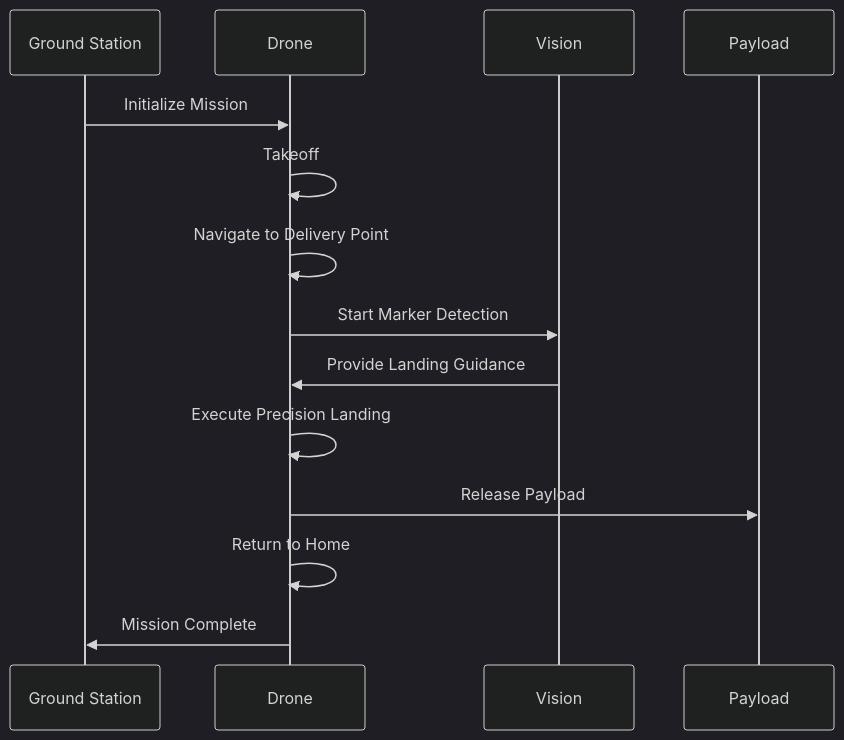
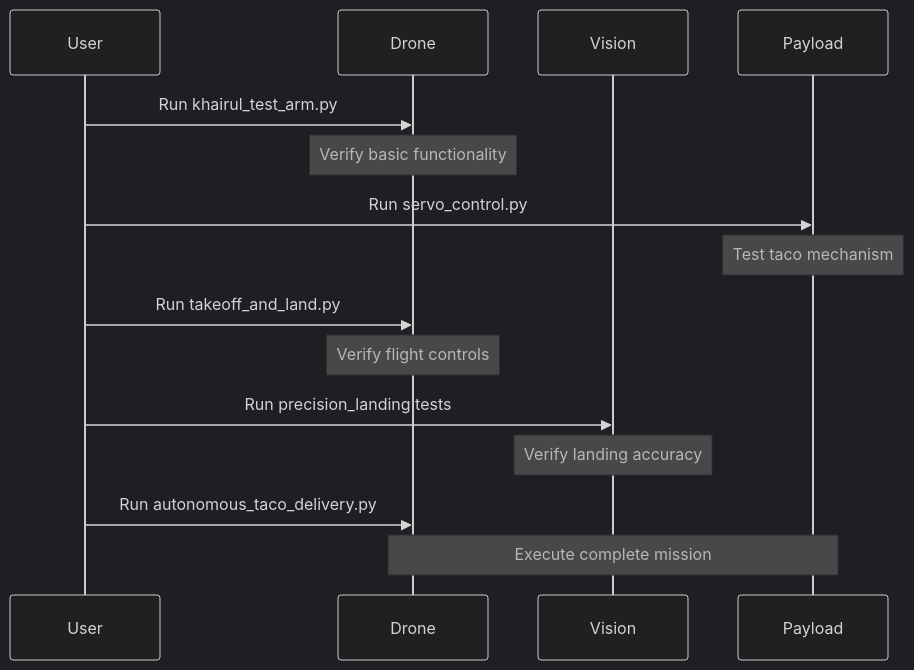
One commit to khairul-me/Autonomous-Drone-Delivery-and-Precision-Landing changed the third of 3 diagrams in README.md. Above: the diagram before and after it, drawn with Mermaid (dark theme). The commit also changed other lines of this file, not shown here.

````diff
--- a/README.md
+++ b/README.md
@@ -128,17 +112,22 @@
 ```mermaid
 sequenceDiagram
-    participant GCS as Ground Station
+    participant User
     participant Drone
     participant Vision
     participant Payload
     
-    GCS->>Drone: Initialize Mission
-    Drone->>Drone: Takeoff
-    Drone->>Drone: Navigate to Delivery Point
-    Drone->>Vision: Start Marker Detection
-    Vision->>Drone: Provide Landing Guidance
-    Drone->>Drone: Execute Precision Landing
-    Drone->>Payload: Release Payload
-    Drone->>Drone: Return to Home
-    Drone->>GCS: Mission Complete
+    User->>Drone: Run khairul_test_arm.py
+    Note over Drone: Verify basic functionality
+    
+    User->>Payload: Run servo_control.py
+    Note over Payload: Test taco mechanism
+    
+    User->>Drone: Run takeoff_and_land.py
+    Note over Drone: Verify flight controls
+    
+    User->>Vision: Run precision_landing tests
+    Note over Vision: Verify landing accuracy
+    
+    User->>Drone: Run autonomous_taco_delivery.py
+    Note over Drone,Payload: Execute complete mission
 ```
````
